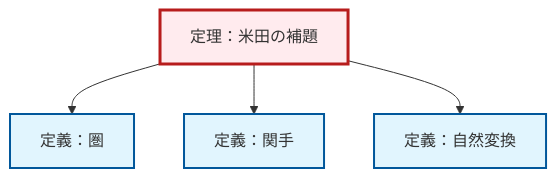
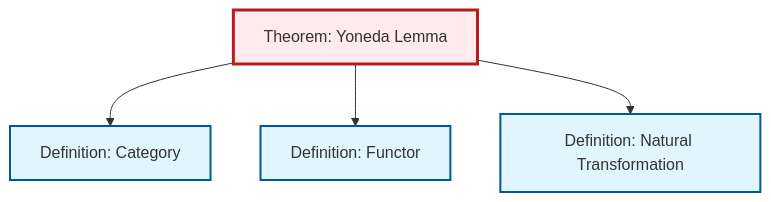
Before and after one commit to RK0429/ModernMath: the diagram in content/ja/category-theory/thm-yoneda.qmd, drawn with Mermaid. The commit also changed 203 other files, not shown here.

````diff
--- a/content/ja/category-theory/thm-yoneda.qmd
+++ b/content/ja/category-theory/thm-yoneda.qmd
@@ -96,21 +96,17 @@
 ```{mermaid}
-%%| fig-cap: "ローカル依存関係グラフ"
+%%| fig-cap: "Local dependency graph"
 graph TD
     classDef definition fill:#e1f5fe,stroke:#01579b,stroke-width:2px
     classDef theorem fill:#f3e5f5,stroke:#4a148c,stroke-width:2px
     classDef axiom fill:#fff3e0,stroke:#e65100,stroke-width:2px
     classDef example fill:#e8f5e9,stroke:#1b5e20,stroke-width:2px
     classDef current fill:#ffebee,stroke:#b71c1c,stroke-width:3px
-    def-category["定義：圏"]:::definition
-    thm-yoneda["定理：米田の補題"]:::theorem
-    def-natural-transformation["定義：自然変換"]:::definition
-    def-functor["定義：関手"]:::definition
+    def-category["Definition: Category"]:::definition
+    thm-yoneda["Theorem: Yoneda Lemma"]:::theorem
+    def-natural-transformation["Definition: Natural Transformation"]:::definition
+    def-functor["Definition: Functor"]:::definition
     thm-yoneda --> def-category
     thm-yoneda --> def-functor
     thm-yoneda --> def-natural-transformation
     class thm-yoneda current
-
-    click def-category "def-category.html" "Go to 定義：圏"
-    click def-natural-transformation "def-natural-transformation.html" "Go to 定義：自然変換"
-    click def-functor "def-functor.html" "Go to 定義：関手"
 ```
````
